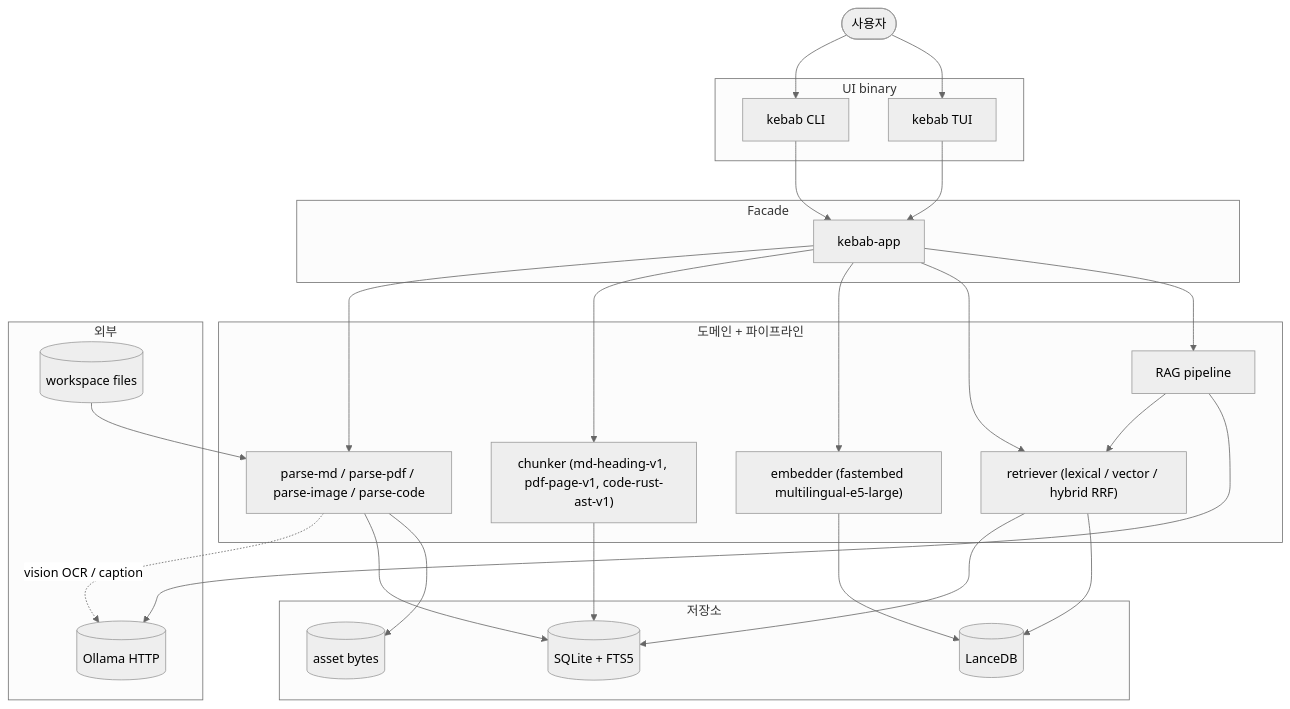
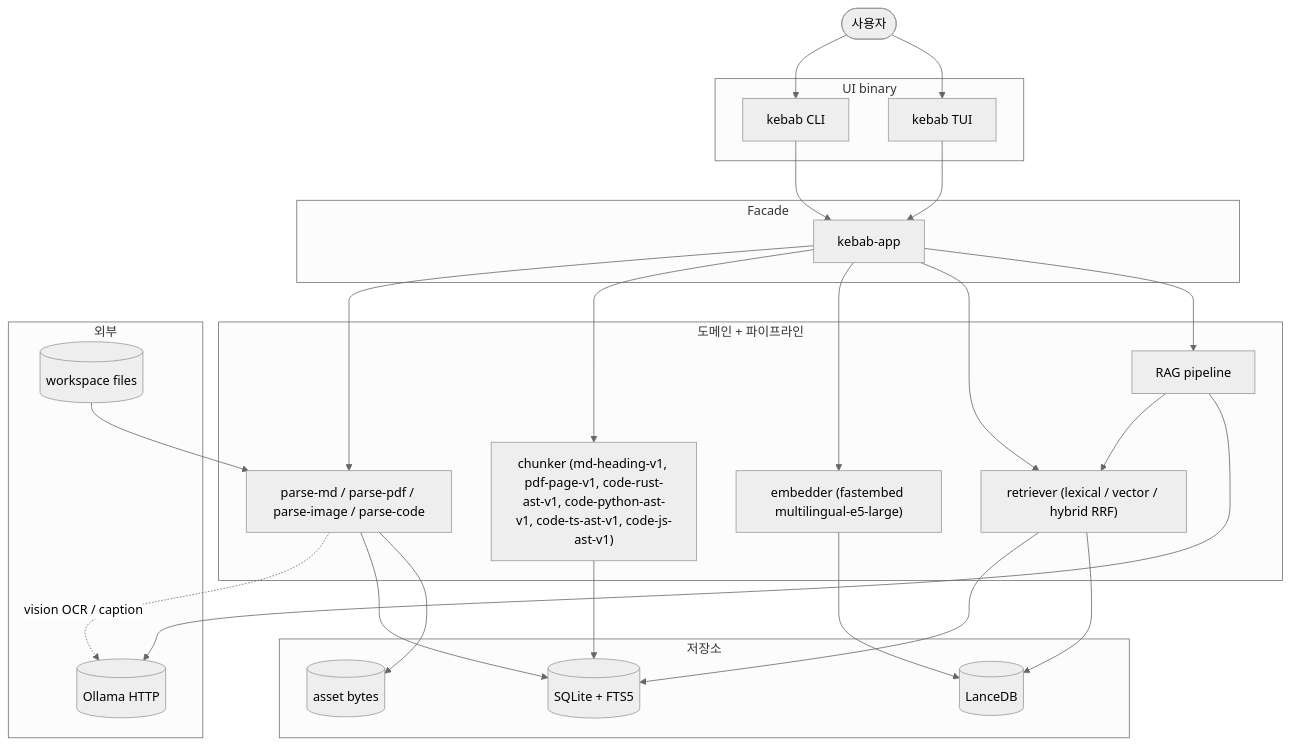
Before and after one commit to altair823/kebab: the diagram in README.md, drawn with Mermaid (neutral theme). The commit also changed other lines of this file and 10 other files, not shown here.

Commit message:
docs(p10-1b): README/HANDOFF/ARCHITECTURE/SMOKE/INDEX + HOTFIXES; chore: bump version 0.7.0 → 0.8.0

````diff
--- a/README.md
+++ b/README.md
@@ -120,56 +120,56 @@
 ```mermaid
 flowchart TB
     user(["사용자"])
 
     subgraph UI["UI binary"]
         cli["kebab CLI"]
         tui["kebab TUI"]
     end
 
     subgraph App["Facade"]
         app["kebab-app"]
     end
 
     subgraph Pipeline["도메인 + 파이프라인"]
         parse["parse-md / parse-pdf / parse-image / parse-code"]
-        chunker["chunker (md-heading-v1, pdf-page-v1, code-rust-ast-v1)"]
+        chunker["chunker (md-heading-v1, pdf-page-v1, code-rust-ast-v1, code-python-ast-v1, code-ts-ast-v1, code-js-ast-v1)"]
         embedder["embedder (fastembed multilingual-e5-large)"]
         retriever["retriever (lexical / vector / hybrid RRF)"]
         rag["RAG pipeline"]
     end
 
     subgraph Store["저장소"]
         sqlite[("SQLite + FTS5")]
         lance[("LanceDB")]
         assets[("asset bytes")]
     end
 
     subgraph External["외부"]
         fs[("workspace files")]
         ollama[("Ollama HTTP")]
     end
 
     user --> cli
     user --> tui
     cli --> app
     tui --> app
 
     app --> parse
     app --> chunker
     app --> embedder
     app --> retriever
     app --> rag
 
     fs --> parse
     parse -. vision OCR / caption .-> ollama
     parse --> sqlite
     parse --> assets
 
     chunker --> sqlite
     embedder --> lance
     retriever --> sqlite
     retriever --> lance
 
     rag --> retriever
     rag --> ollama
 ```
````
